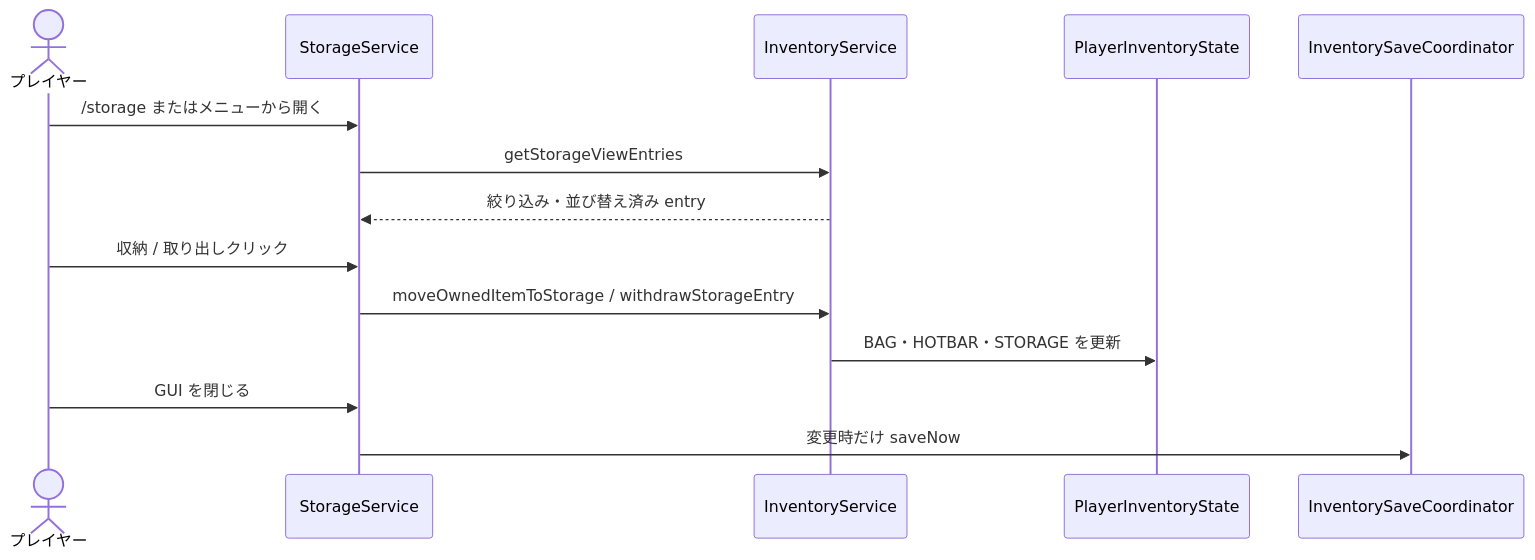
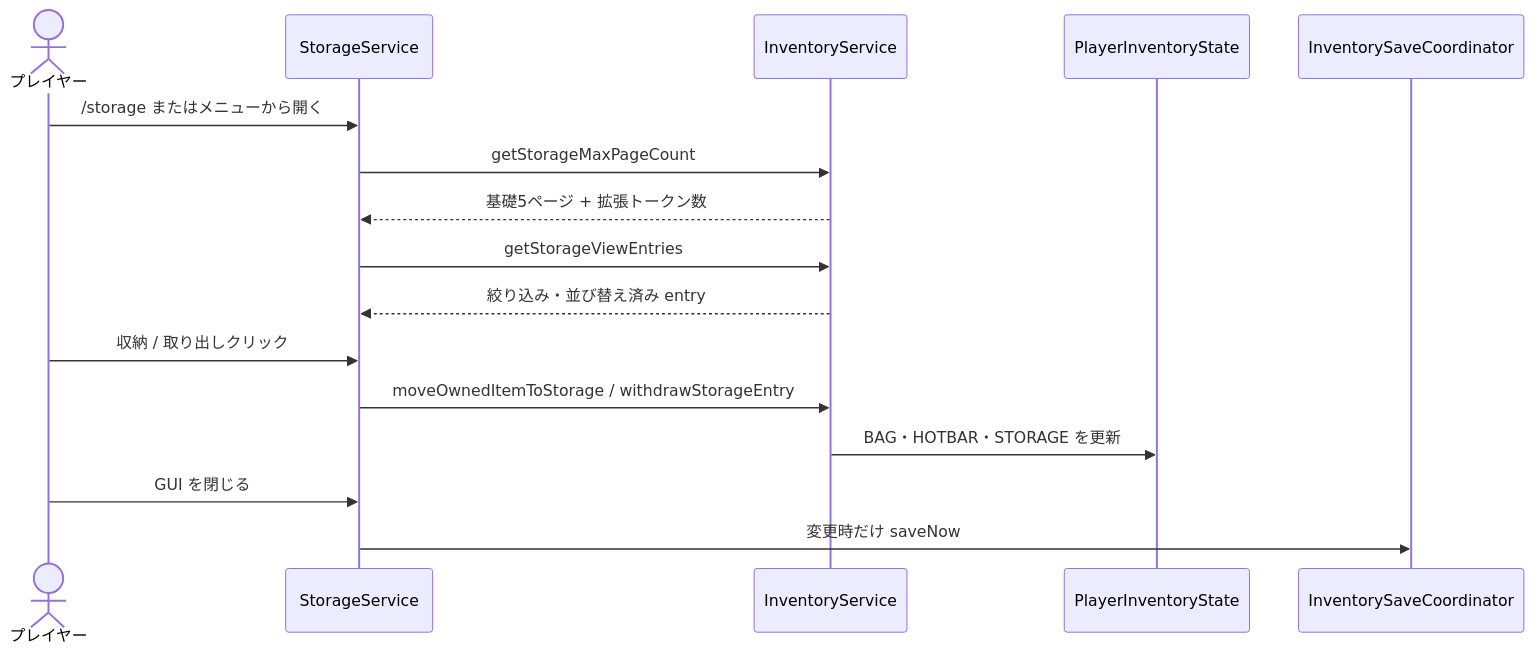
One commit to maaasu/AstralRecord-Workspace changed the fourth of 4 diagrams in 00_docs/10_Plugin設計書/feature/08-inventory/08_4-統合フロー.md. Above: the diagram before and after it, drawn with Mermaid. The commit also changed other lines of this file and 26 other files, not shown here.

````diff
--- a/00_docs/10_Plugin設計書/feature/08-inventory/08_4-統合フロー.md
+++ b/00_docs/10_Plugin設計書/feature/08-inventory/08_4-統合フロー.md
@@ -108,17 +108,19 @@
 ```mermaid
 sequenceDiagram
     actor Player as プレイヤー
     participant Storage as StorageService
     participant Inventory as InventoryService
     participant State as PlayerInventoryState
     participant Coordinator as InventorySaveCoordinator
 
     Player->>Storage: /storage またはメニューから開く
+    Storage->>Inventory: getStorageMaxPageCount
+    Inventory-->>Storage: 基礎5ページ + 拡張トークン数
     Storage->>Inventory: getStorageViewEntries
     Inventory-->>Storage: 絞り込み・並び替え済み entry
     Player->>Storage: 収納 / 取り出しクリック
     Storage->>Inventory: moveOwnedItemToStorage / withdrawStorageEntry
     Inventory->>State: BAG・HOTBAR・STORAGE を更新
     Player->>Storage: GUI を閉じる
     Storage->>Coordinator: 変更時だけ saveNow
 ```
````
